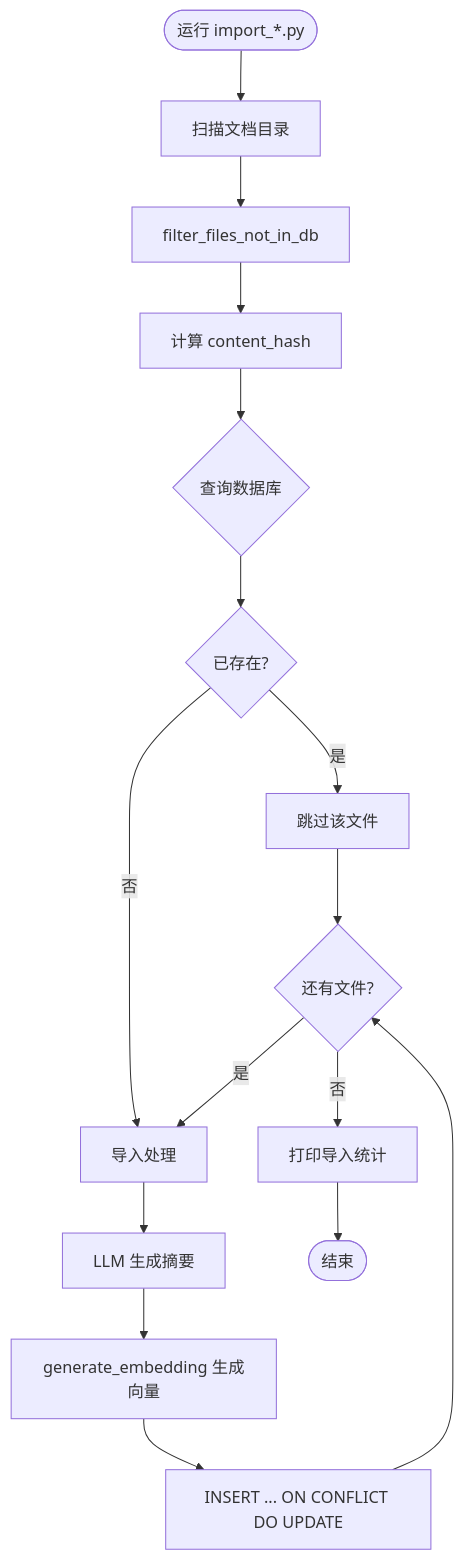
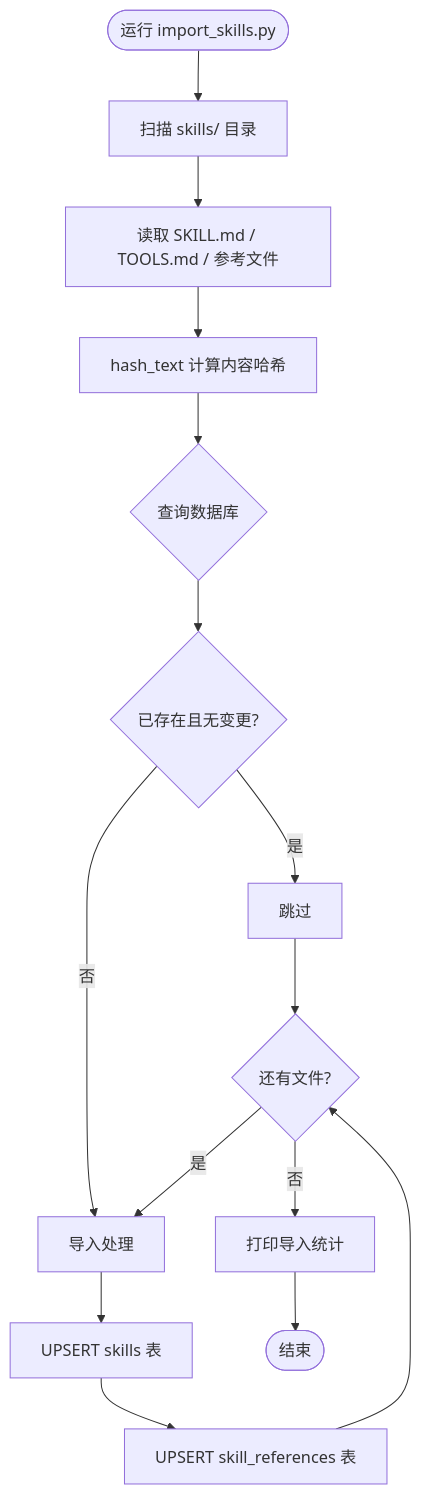
Before and after one commit to MEO-wj/OA_Reader_APP: diagram 12 of 12 in ai_end/README.md, drawn with Mermaid. The commit also changed other lines of this file and 6 other files, not shown here.

````diff
--- a/ai_end/README.md
+++ b/ai_end/README.md
@@ -686,19 +673,18 @@
 ```mermaid
 flowchart TB
-    Start([运行 import_*.py]) --> ScanDir[扫描文档目录]
-    ScanDir --> FilterFiles[filter_files_not_in_db]
-    FilterFiles --> ComputeHash[计算 content_hash]
+    Start([运行 import_skills.py]) --> ScanDir[扫描 skills/ 目录]
+    ScanDir --> ReadFiles[读取 SKILL.md / TOOLS.md / 参考文件]
+    ReadFiles --> ComputeHash[hash_text 计算内容哈希]
     ComputeHash --> QueryDB{查询数据库}
-    QueryDB --> CheckExists{已存在?}
-    CheckExists -->|是| Skip[跳过该文件]
+    QueryDB --> CheckExists{已存在且无变更?}
+    CheckExists -->|是| Skip[跳过]
     CheckExists -->|否| Import[导入处理]
 
-    Import --> GenSummary[LLM 生成摘要]
-    GenSummary --> GenEmbedding[generate_embedding 生成向量]
-    GenEmbedding --> InsertDB[INSERT ... ON CONFLICT DO UPDATE]
-    InsertDB --> Next{还有文件?}
+    Import --> UpsertSkill[UPSERT skills 表]
+    UpsertSkill --> UpsertRefs[UPSERT skill_references 表]
+    UpsertRefs --> Next{还有文件?}
     Skip --> Next
     Next -->|是| Import
     Next -->|否| PrintStats[打印导入统计]
     PrintStats --> End([结束])
 ```
````
